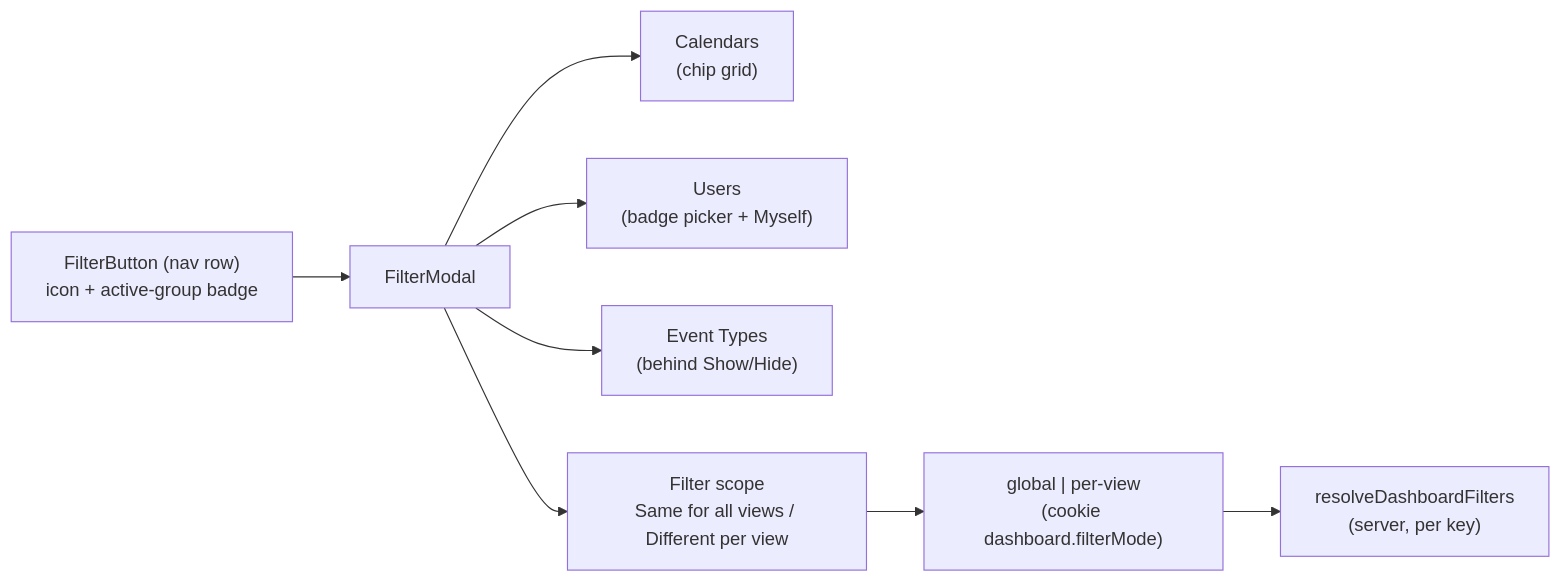
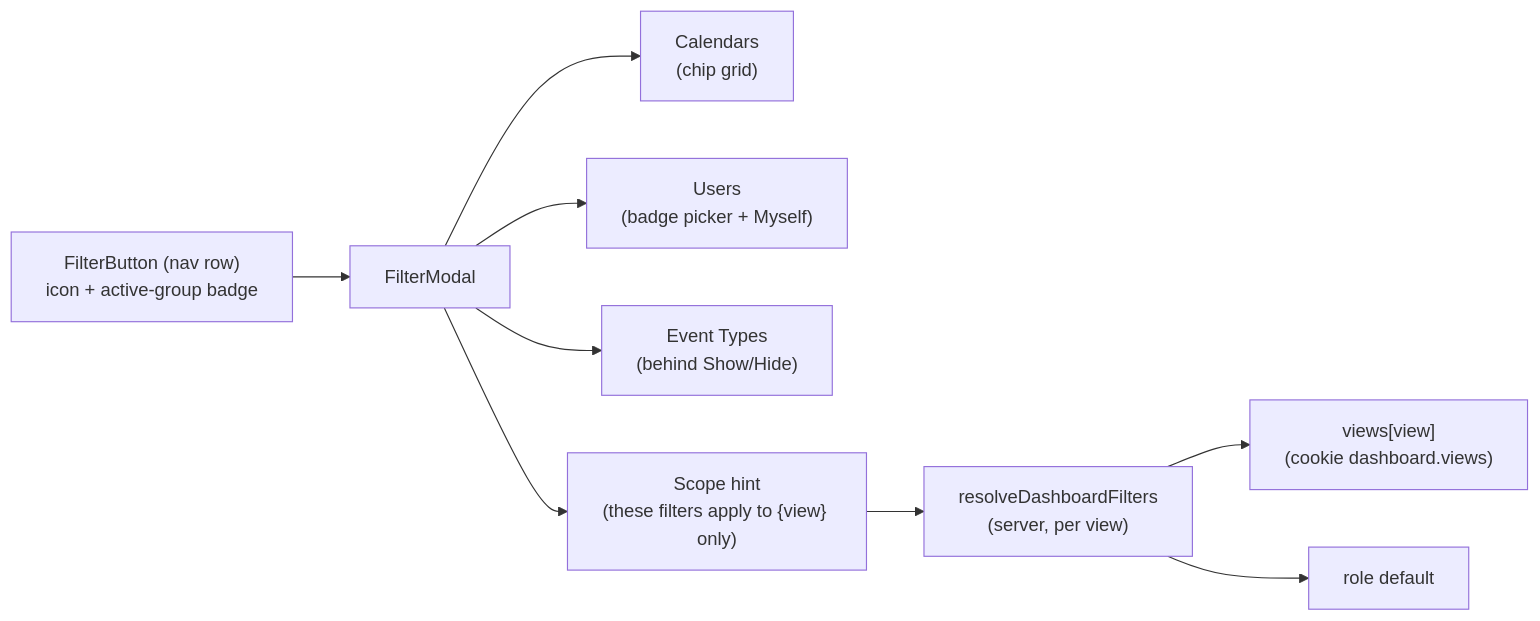
One commit to oncloudnintynineone-source/cloudy2 changed the first of 4 diagrams in docs/dashboard-views.md. Above: the diagram before and after it, drawn with Mermaid. The commit also changed other lines of this file and 10 other files, not shown here.

First line of the commit message:
Remove "Same for all views" filter mode: filters are per-view only

````diff
--- a/docs/dashboard-views.md
+++ b/docs/dashboard-views.md
@@ -79,10 +72,11 @@
 ```mermaid
 flowchart LR
     FB["FilterButton (nav row)<br/>icon + active-group badge"] --> FM["FilterModal"]
     FM --> CAL["Calendars<br/>(chip grid)"]
     FM --> US["Users<br/>(badge picker + Myself)"]
     FM --> ET["Event Types<br/>(behind Show/Hide)"]
-    FM --> SC["Filter scope<br/>Same for all views / Different per view"]
-    SC --> MODE["global | per-view<br/>(cookie dashboard.filterMode)"]
-    MODE --> RESOLVE["resolveDashboardFilters<br/>(server, per key)"]
+    FM --> HINT["Scope hint<br/>(these filters apply to {view} only)"]
+    HINT --> RESOLVE["resolveDashboardFilters<br/>(server, per view)"]
+    RESOLVE --> MEM["views[view]<br/>(cookie dashboard.views)"]
+    RESOLVE --> DEF["role default"]
 ```
````
